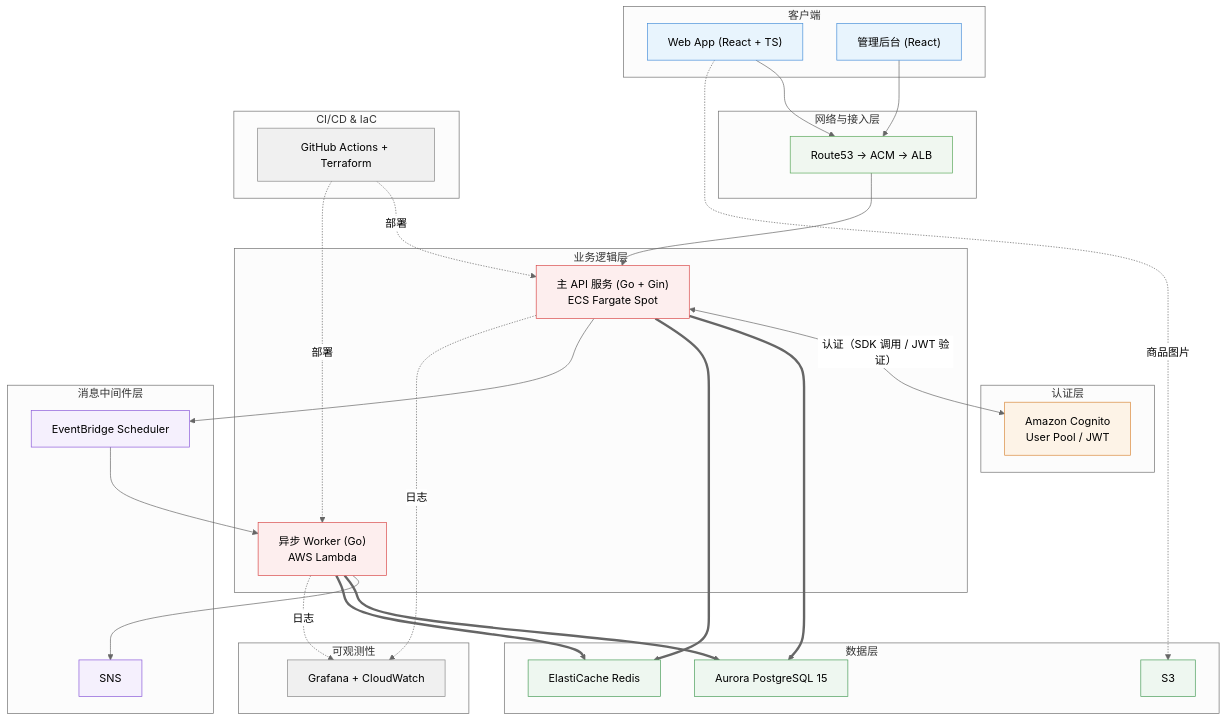
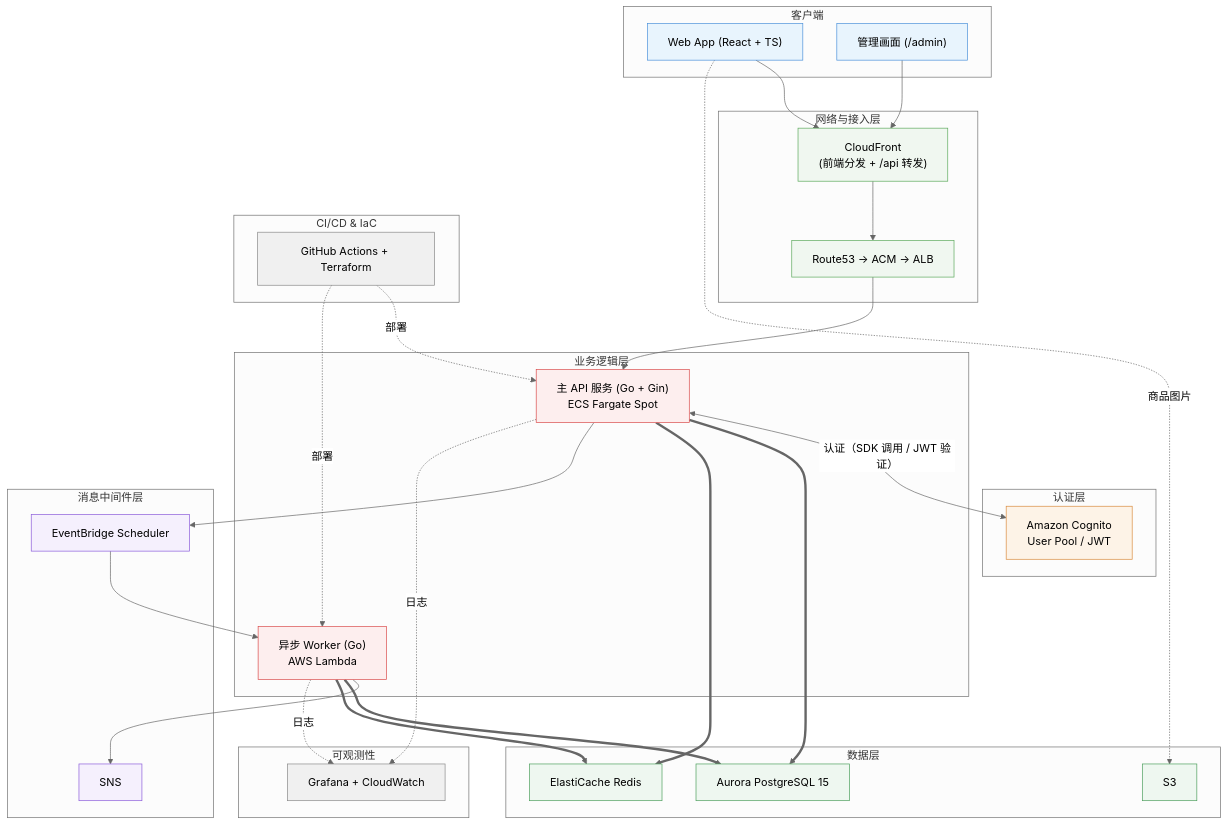
One commit to jessehub777/flashbuy changed the diagram in README_zh.md. Above: the diagram before and after it, drawn with Mermaid (neutral theme). The commit also changed other lines of this file and 1 other file, not shown here.

````diff
--- a/README_zh.md
+++ b/README_zh.md
@@ -11,80 +11,82 @@
 ```mermaid
 flowchart TB
     %% 层配色
     classDef client fill:#e8f4fd,stroke:#4a90d9
     classDef net    fill:#f0f7f0,stroke:#5aa85a
     classDef auth   fill:#fdf3e7,stroke:#d98a3d
     classDef biz    fill:#fdeeee,stroke:#d94a4a
     classDef msg    fill:#f5f0fd,stroke:#8a5ad9
     classDef data   fill:#eef7f0,stroke:#4a9d5a
     classDef obs    fill:#f0f0f0,stroke:#888
     classDef cicd   fill:#f0f0f0,stroke:#888
 
     subgraph CL["客户端"]
         Web["Web App (React + TS)"]
-        Console["管理后台 (React)"]
+        Console["管理画面 (/admin)"]
     end
 
     subgraph NW["网络与接入层"]
         Ingress["Route53 → ACM → ALB"]
+        CF["CloudFront<br/>(前端分发 + /api 转发)"]
     end
 
     subgraph AU["认证层"]
         Cognito["Amazon Cognito<br/>User Pool / JWT"]
     end
 
     subgraph BI["业务逻辑层"]
         API["主 API 服务 (Go + Gin)<br/>ECS Fargate Spot"]
         Worker["异步 Worker (Go)<br/>AWS Lambda"]
     end
 
     subgraph MG["消息中间件层"]
         EB["EventBridge Scheduler"]
         SNS["SNS"]
     end
 
     subgraph DT["数据层"]
         Aurora["Aurora PostgreSQL 15"]
         Redis["ElastiCache Redis"]
         S3["S3"]
     end
 
     subgraph OB["可观测性"]
         CW["Grafana + CloudWatch"]
     end
 
     subgraph CICD["CI/CD & IaC"]
         GH["GitHub Actions + Terraform"]
     end
 
     %% 主请求链路（实线）
-    Web --> Ingress
-    Console --> Ingress
+    Web --> CF
+    Console --> CF
+    CF --> Ingress
     Ingress --> API
     API <-->|认证（SDK 调用 / JWT 验证）| Cognito
     API ==> Aurora
     API ==> Redis
     Web -. 商品图片 .-> S3
 
     %% 异步链路
     API --> EB
     EB --> Worker
     Worker --> SNS
     Worker ==> Aurora
     Worker ==> Redis
 
     %% 观测 / 部署
     API -. 日志 .-> CW
     Worker -. 日志 .-> CW
     GH -. 部署 .-> API
     GH -. 部署 .-> Worker
 
     class Web,Console client
-    class Ingress net
+    class Ingress,CF net
     class Cognito auth
     class API,Worker biz
     class EB,SNS msg
     class Aurora,Redis,S3 data
     class CW obs
     class GH cicd
 ```
````
